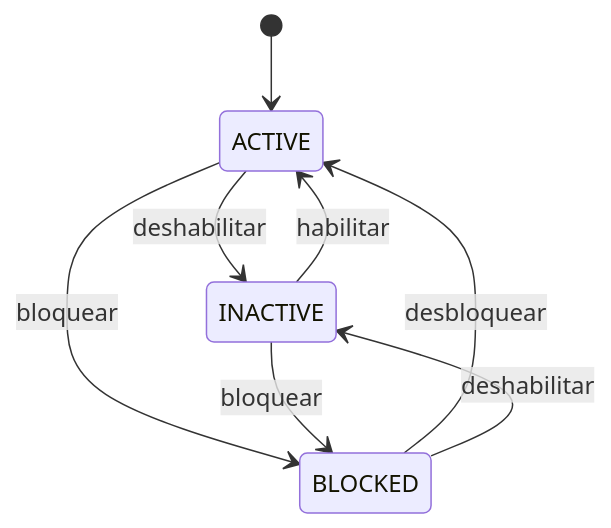
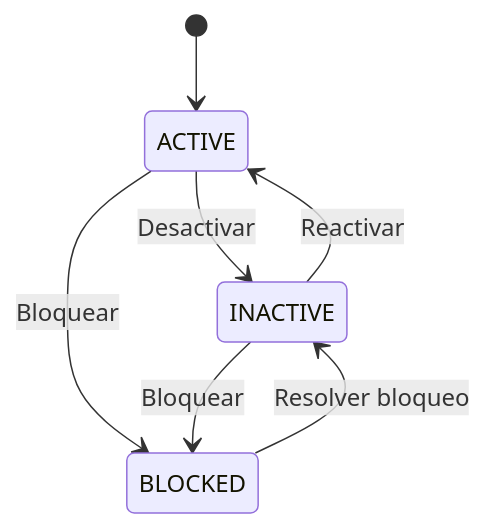
The sixth of 6 diagrams in docs/05-modeling/04-state-transitions.md (EderPanta18/academic-management-api), drawn with Mermaid before and after one commit. The commit also changed other lines of this file and 19 other files, not shown here.

````diff
--- a/docs/05-modeling/04-state-transitions.md
+++ b/docs/05-modeling/04-state-transitions.md
@@ -190,10 +191,9 @@
 ```mermaid
 stateDiagram-v2
     [*] --> ACTIVE
-    ACTIVE --> INACTIVE: deshabilitar
-    INACTIVE --> ACTIVE: habilitar
-    ACTIVE --> BLOCKED: bloquear
-    BLOCKED --> ACTIVE: desbloquear
-    INACTIVE --> BLOCKED: bloquear
-    BLOCKED --> INACTIVE: deshabilitar
+    ACTIVE --> INACTIVE: Desactivar
+    INACTIVE --> ACTIVE: Reactivar
+    ACTIVE --> BLOCKED: Bloquear
+    INACTIVE --> BLOCKED: Bloquear
+    BLOCKED --> INACTIVE: Resolver bloqueo
 ```
````
